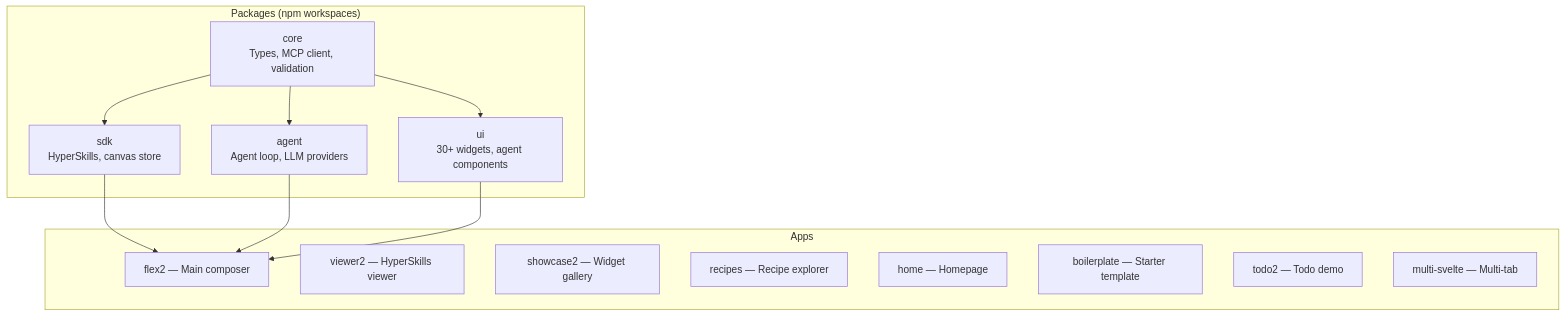
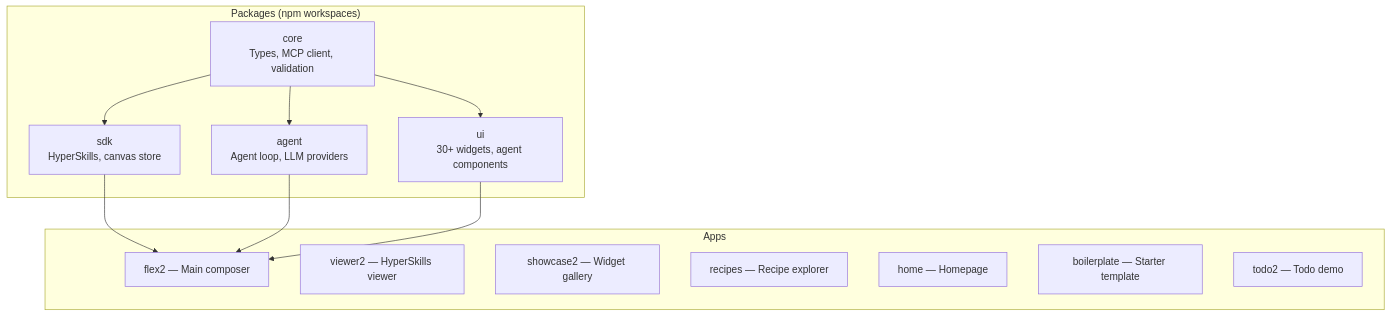
The diagram in docs-site/src/content/docs/en/guide/contributing.mdx (jeanbaptiste/webmcp-auto-ui), drawn with Mermaid before and after one commit. The commit also changed 54 other files, not shown here.

First line of the commit message:
chore: remove multi-svelte and mobile apps

````diff
--- a/docs-site/src/content/docs/en/guide/contributing.mdx
+++ b/docs-site/src/content/docs/en/guide/contributing.mdx
@@ -12,27 +12,26 @@
 ```mermaid
 graph TD
     subgraph "Packages (npm workspaces)"
         CORE["core<br/>Types, MCP client, validation"]
         SDK["sdk<br/>HyperSkills, canvas store"]
         AGENT["agent<br/>Agent loop, LLM providers"]
         UI["ui<br/>30+ widgets, agent components"]
     end
 
     subgraph "Apps"
         FLEX[flex2 — Main composer]
         VIEWER[viewer2 — HyperSkills viewer]
         SHOWCASE[showcase2 — Widget gallery]
         RECIPES[recipes — Recipe explorer]
         HOME[home — Homepage]
         BOILER[boilerplate — Starter template]
         TODO[todo2 — Todo demo]
-        MULTI[multi-svelte — Multi-tab]
     end
 
     CORE --> SDK
     CORE --> AGENT
     CORE --> UI
     SDK --> FLEX
     AGENT --> FLEX
     UI --> FLEX
 ```
````
